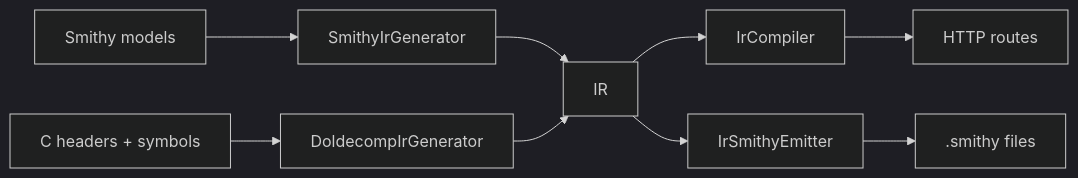
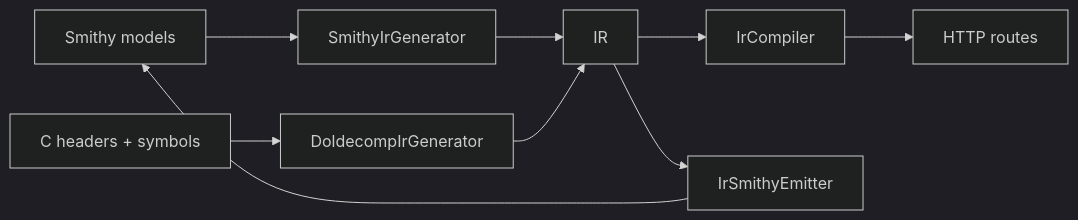
Before and after one commit to Jacoby6000/dap-http-generator: the diagram in AGENTS.md, drawn with Mermaid (dark theme).

Commit message:
Sync AGENTS.md architecture diagram with README

````diff
--- a/AGENTS.md
+++ b/AGENTS.md
@@ -29,7 +29,7 @@
 ```mermaid
 flowchart LR
   Smithy["Smithy models"] --> SmithyIrGenerator --> IR
   CHeaders["C headers + symbols"] --> DoldecompIrGenerator --> IR
   IR --> IrCompiler --> Routes["HTTP routes"]
-  IR --> IrSmithyEmitter --> SmithyFile[".smithy files"]
+  IR --> IrSmithyEmitter --> Smithy
 ```
````
